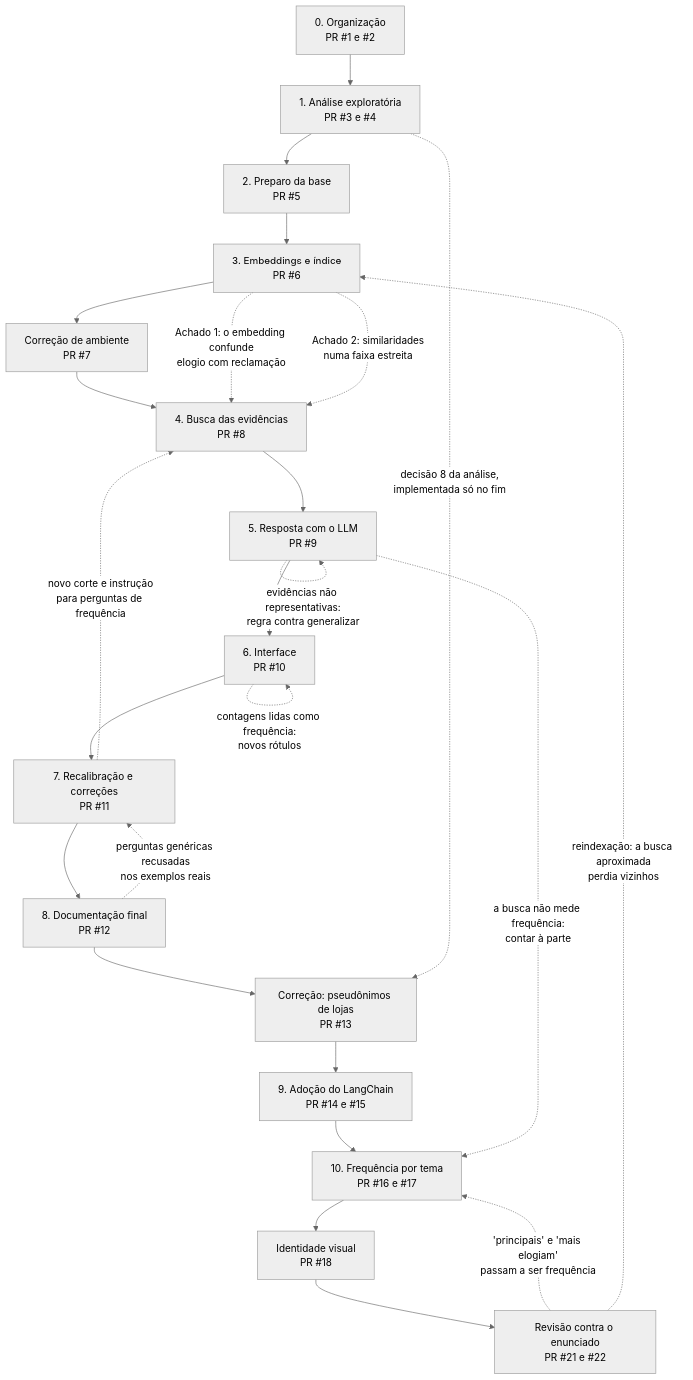
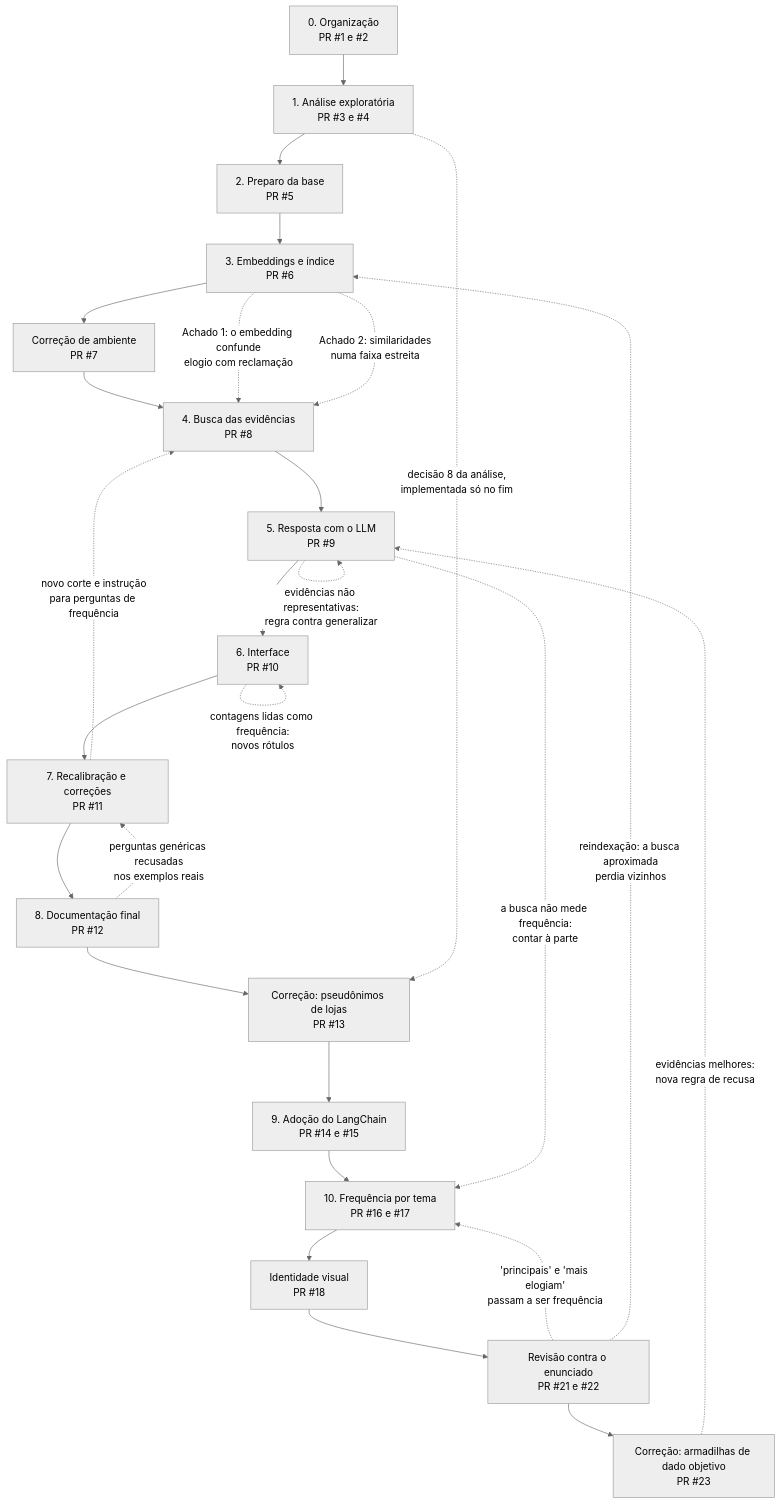
One commit to Dinaldorc/tech-challenge-fase4 changed the diagram in docs/processo.md. Above: the diagram before and after it, drawn with Mermaid (neutral theme). The commit also changed other lines of this file and 6 other files, not shown here.

````diff
--- a/docs/processo.md
+++ b/docs/processo.md
@@ -16,28 +16,30 @@
 ```mermaid
 flowchart TD
     E0["0. Organização<br/>PR #1 e #2"] --> E1["1. Análise exploratória<br/>PR #3 e #4"]
     E1 --> E2["2. Preparo da base<br/>PR #5"]
     E2 --> E3["3. Embeddings e índice<br/>PR #6"]
     E3 --> E3b["Correção de ambiente<br/>PR #7"]
     E3b --> E4["4. Busca das evidências<br/>PR #8"]
     E4 --> E5["5. Resposta com o LLM<br/>PR #9"]
     E5 --> E6["6. Interface<br/>PR #10"]
     E6 --> E7["7. Recalibração e correções<br/>PR #11"]
     E7 --> E8["8. Documentação final<br/>PR #12"]
     E8 --> E9["Correção: pseudônimos de lojas<br/>PR #13"]
     E9 --> E10["9. Adoção do LangChain<br/>PR #14 e #15"]
     E10 --> E11["10. Frequência por tema<br/>PR #16 e #17"]
     E11 --> E12["Identidade visual<br/>PR #18"]
     E12 --> E13["Revisão contra o enunciado<br/>PR #21 e #22"]
+    E13 --> E14["Correção: armadilhas de dado objetivo<br/>PR #23"]
     E13 -.->|"'principais' e 'mais elogiam'<br/>passam a ser frequência"| E11
     E5 -.->|"a busca não mede frequência:<br/>contar à parte"| E11
     E13 -.->|"reindexação: a busca aproximada<br/>perdia vizinhos"| E3
+    E14 -.->|"evidências melhores:<br/>nova regra de recusa"| E5
 
     E3 -.->|"Achado 1: o embedding confunde<br/>elogio com reclamação"| E4
     E3 -.->|"Achado 2: similaridades<br/>numa faixa estreita"| E4
     E5 -.->|"evidências não representativas:<br/>regra contra generalizar"| E5
     E6 -.->|"contagens lidas como frequência:<br/>novos rótulos"| E6
     E8 -.->|"perguntas genéricas recusadas<br/>nos exemplos reais"| E7
     E7 -.->|"novo corte e instrução<br/>para perguntas de frequência"| E4
     E1 -.->|"decisão 8 da análise,<br/>implementada só no fim"| E9
 ```
````
